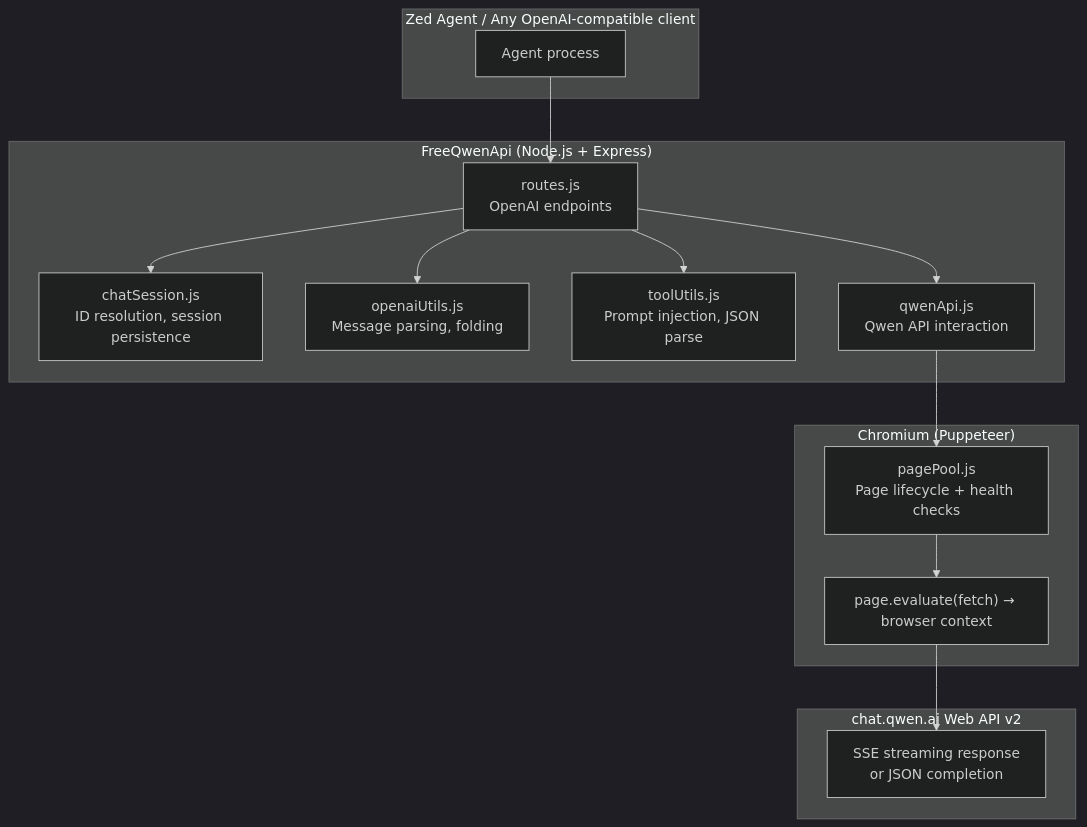
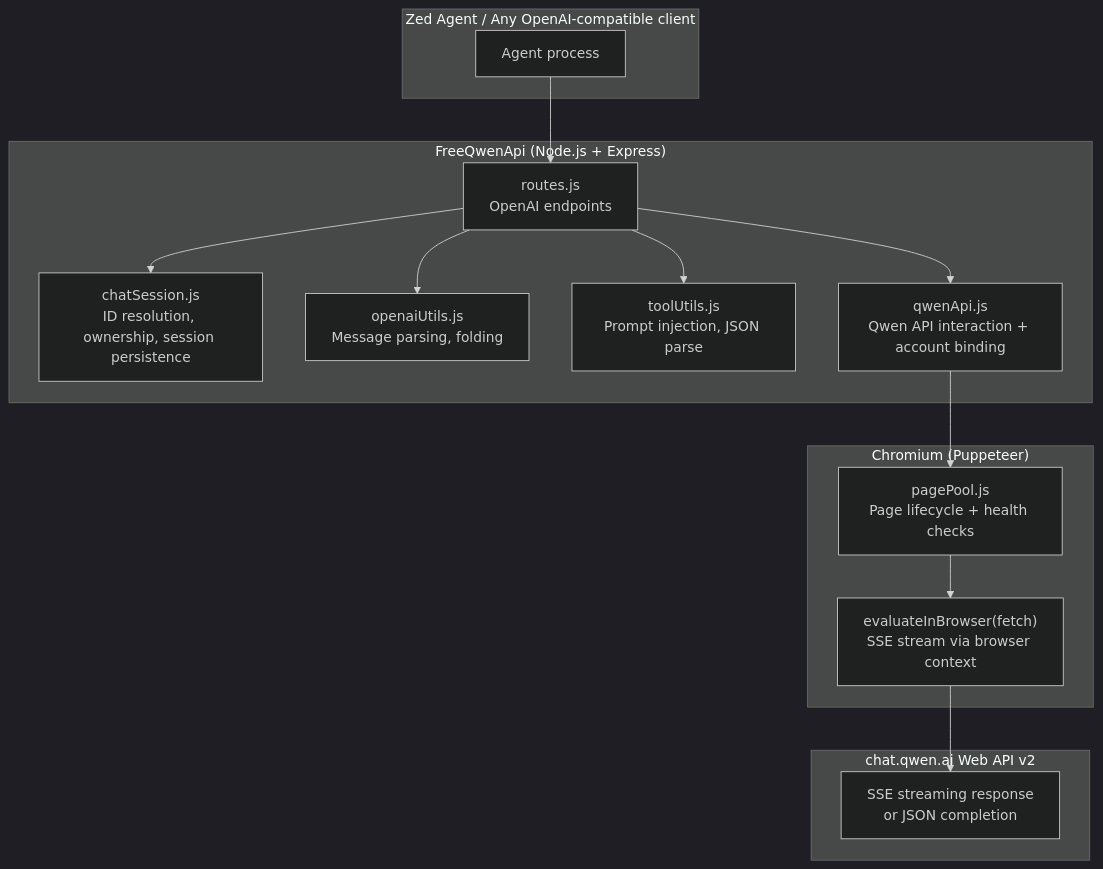
Before and after one commit to provincialx/FreeQwenApi: the first of 6 diagrams in docs/02_ARCHITECTURE.md, drawn with Mermaid (dark theme). The commit also changed other lines of this file and 5 other files, not shown here.

````diff
--- a/docs/02_ARCHITECTURE.md
+++ b/docs/02_ARCHITECTURE.md
@@ -7,32 +7,32 @@
 ```mermaid
 graph TB
     subgraph Client["Zed Agent / Any OpenAI-compatible client"]
         Z[Agent process]
     end
 
     subgraph Proxy["FreeQwenApi (Node.js + Express)"]
         R[routes.js<br/>OpenAI endpoints]
-        C[chatSession.js<br/>ID resolution, session persistence]
+        C[chatSession.js<br/>ID resolution, ownership, session persistence]
         U[openaiUtils.js<br/>Message parsing, folding]
         T[toolUtils.js<br/>Prompt injection, JSON parse]
-        B2[qwenApi.js<br/>Qwen API interaction]
+        B2[qwenApi.js<br/>Qwen API interaction + account binding]
     end
 
     subgraph Browser["Chromium (Puppeteer)"]
         PP[pagePool.js<br/>Page lifecycle + health checks]
-        EVAL["page.evaluate(fetch) → browser context"]
+        EVAL["evaluateInBrowser(fetch)<br/>SSE stream via browser context"]
     end
 
     subgraph Upstream["chat.qwen.ai Web API v2"]
         Q[SSE streaming response<br/>or JSON completion]
     end
 
     Z --> R
     R --> C
     R --> U
     R --> T
     R --> B2
     B2 --> PP
     PP --> EVAL
     EVAL --> Q
 ```
````
